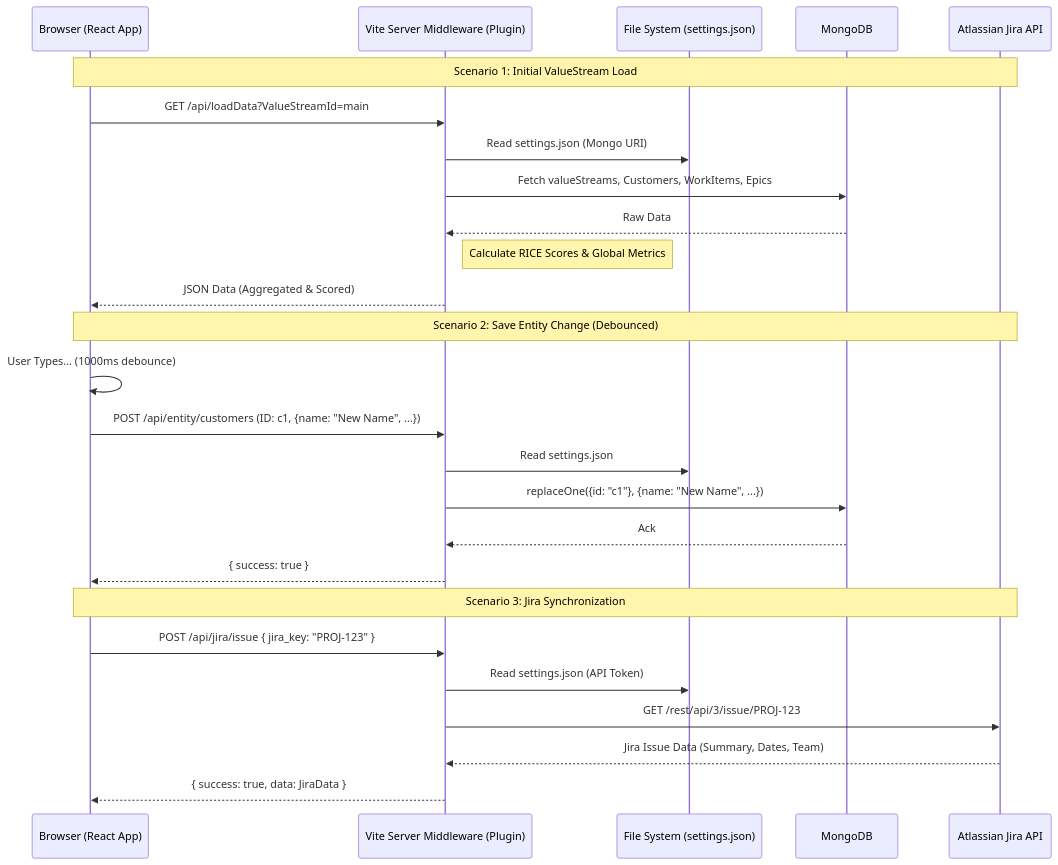
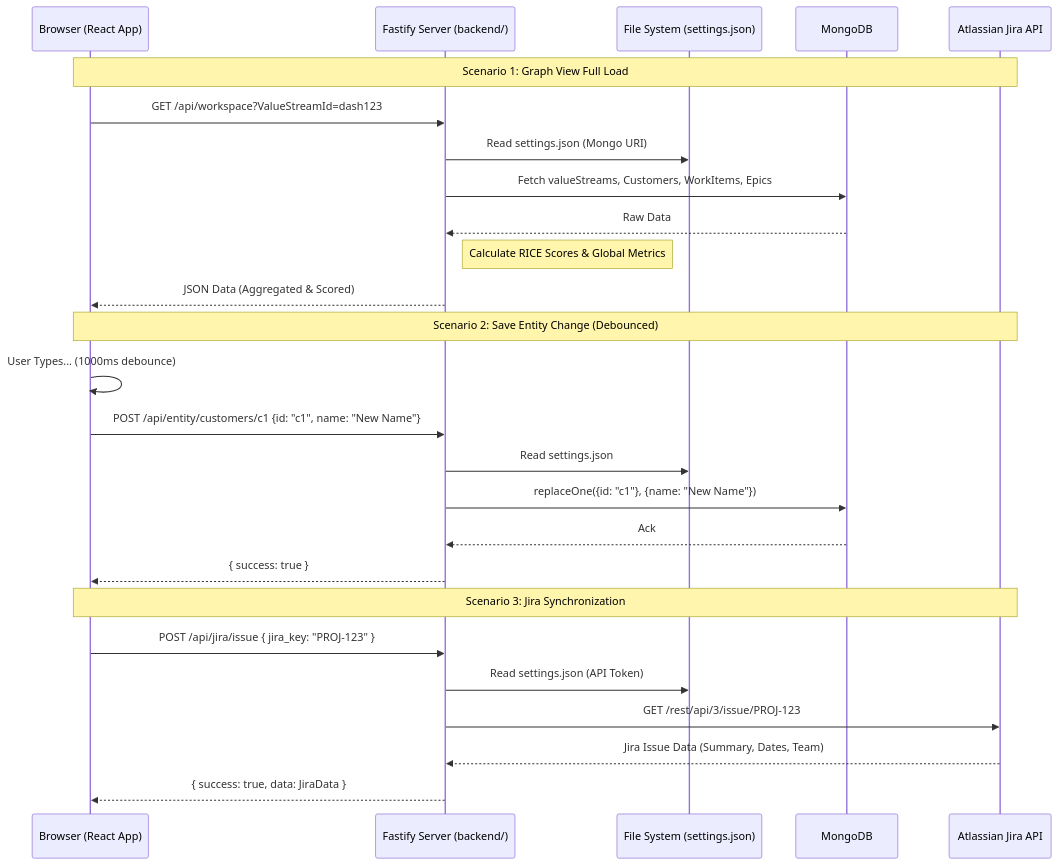
The second of 4 diagrams in doc/ARCHITECTURE.md (AlesKracik/ValueStream-DependencyTree), drawn with Mermaid before and after one commit. The commit also changed other lines of this file and 47 other files, not shown here.

````diff
--- a/doc/ARCHITECTURE.md
+++ b/doc/ARCHITECTURE.md
@@ -81,31 +78,31 @@
 ```mermaid
 sequenceDiagram
     participant UI as Browser (React App)
-    participant Vite as Vite Server Middleware (Plugin)
+    participant Fastify as Fastify Server (backend/)
     participant FS as File System (settings.json)
     participant DB as MongoDB
     participant Jira as Atlassian Jira API
 
-    Note over UI, Jira: Scenario 1: Initial ValueStream Load
-    UI->>Vite: GET /api/loadData?ValueStreamId=main
-    Vite->>FS: Read settings.json (Mongo URI)
-    Vite->>DB: Fetch valueStreams, Customers, WorkItems, Epics
-    DB-->>Vite: Raw Data
-    Note right of Vite: Calculate RICE Scores & Global Metrics
-    Vite-->>UI: JSON Data (Aggregated & Scored)
+    Note over UI, Jira: Scenario 1: Graph View Full Load
+    UI->>Fastify: GET /api/workspace?ValueStreamId=dash123
+    Fastify->>FS: Read settings.json (Mongo URI)
+    Fastify->>DB: Fetch valueStreams, Customers, WorkItems, Epics
+    DB-->>Fastify: Raw Data
+    Note right of Fastify: Calculate RICE Scores & Global Metrics
+    Fastify-->>UI: JSON Data (Aggregated & Scored)
 
     Note over UI, Jira: Scenario 2: Save Entity Change (Debounced)
     UI->>UI: User Types... (1000ms debounce)
-    UI->>Vite: POST /api/entity/customers (ID: c1, {name: "New Name", ...})
-    Vite->>FS: Read settings.json
-    Vite->>DB: replaceOne({id: "c1"}, {name: "New Name", ...})
-    DB-->>Vite: Ack
-    Vite-->>UI: { success: true }
+    UI->>Fastify: POST /api/entity/customers/c1 {id: "c1", name: "New Name"}
+    Fastify->>FS: Read settings.json
+    Fastify->>DB: replaceOne({id: "c1"}, {name: "New Name"})
+    DB-->>Fastify: Ack
+    Fastify-->>UI: { success: true }
 
     Note over UI, Jira: Scenario 3: Jira Synchronization
-    UI->>Vite: POST /api/jira/issue { jira_key: "PROJ-123" }
-    Vite->>FS: Read settings.json (API Token)
-    Vite->>Jira: GET /rest/api/3/issue/PROJ-123
-    Jira-->>Vite: Jira Issue Data (Summary, Dates, Team)
-    Vite-->>UI: { success: true, data: JiraData }
+    UI->>Fastify: POST /api/jira/issue { jira_key: "PROJ-123" }
+    Fastify->>FS: Read settings.json (API Token)
+    Fastify->>Jira: GET /rest/api/3/issue/PROJ-123
+    Jira-->>Fastify: Jira Issue Data (Summary, Dates, Team)
+    Fastify-->>UI: { success: true, data: JiraData }
 ```
````
